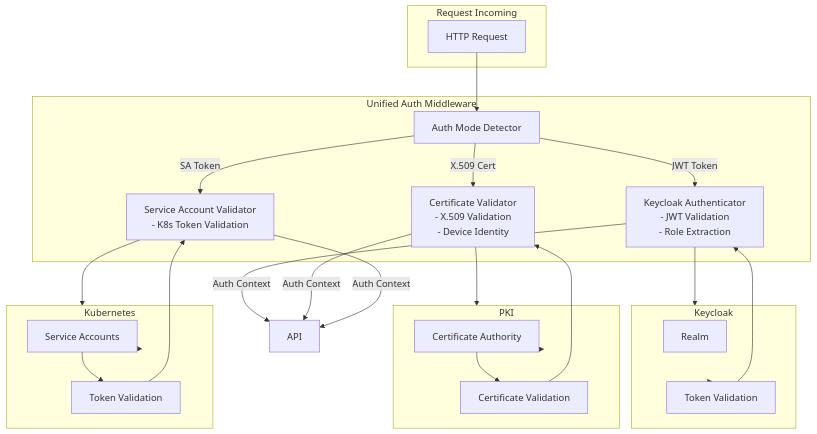
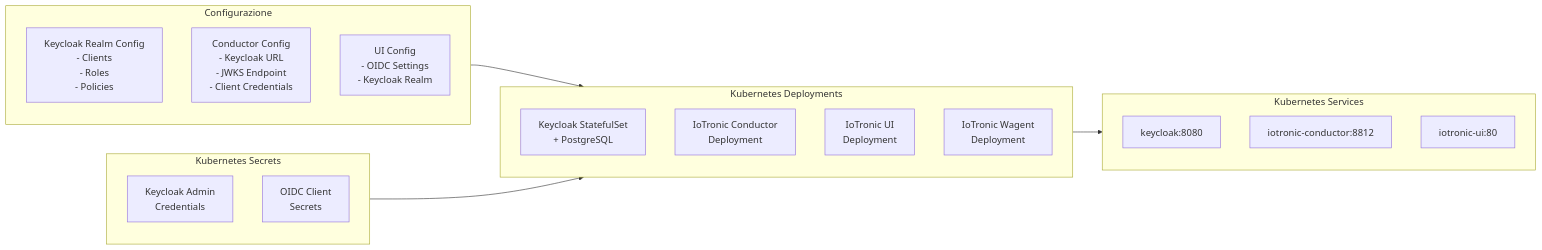
One commit to lucadagati/DS_projects_25 changed the third of 3 diagrams in progetto2_retrospect_keycloak_it.md. Above: the diagram before and after it, drawn with Mermaid. The commit also changed other lines of this file and 1 other file, not shown here.

````diff
--- a/progetto2_retrospect_keycloak_it.md
+++ b/progetto2_retrospect_keycloak_it.md
@@ -337,51 +184,30 @@
 ```mermaid
-graph TB
-    subgraph Request["Request Incoming"]
-        HTTP["HTTP Request"]
+graph LR
+    subgraph Config["Configurazione"]
+        KeycloakConfig["Keycloak Realm Config<br/>- Clients<br/>- Roles<br/>- Policies"]
+        ConductorConfig["Conductor Config<br/>- Keycloak URL<br/>- JWKS Endpoint<br/>- Client Credentials"]
+        UIConfig["UI Config<br/>- OIDC Settings<br/>- Keycloak Realm"]
     end
     
-    subgraph AuthMW["Unified Auth Middleware"]
-        Detector["Auth Mode Detector"]
-        KeycloakAuth["Keycloak Authenticator<br/>- JWT Validation<br/>- Role Extraction"]
-        CertAuth["Certificate Validator<br/>- X.509 Validation<br/>- Device Identity"]
-        SAAuth["Service Account Validator<br/>- K8s Token Validation"]
+    subgraph Deployments["Kubernetes Deployments"]
+        KeycloakDep["Keycloak StatefulSet<br/>+ PostgreSQL"]
+        ConductorDep["IoTronic Conductor<br/>Deployment"]
+        UIDep["IoTronic UI<br/>Deployment"]
+        WAgentDep["IoTronic Wagent<br/>Deployment"]
     end
     
-    subgraph Keycloak["Keycloak"]
-        Realm["Realm"]
-        Validation["Token Validation"]
+    subgraph Services["Kubernetes Services"]
+        KeycloakSvc["keycloak:8080"]
+        ConductorSvc["iotronic-conductor:8812"]
+        UISvc["iotronic-ui:80"]
     end
     
-    subgraph PKI["PKI"]
-        CA["Certificate Authority"]
-        CertVal["Certificate Validation"]
+    subgraph Secrets["Kubernetes Secrets"]
+        KeycloakSecret["Keycloak Admin<br/>Credentials"]
+        ClientSecret["OIDC Client<br/>Secrets"]
     end
     
-    subgraph K8s["Kubernetes"]
-        SA["Service Accounts"]
-        TokenVal["Token Validation"]
-    end
-    
-    HTTP --> Detector
-    Detector -->|JWT Token| KeycloakAuth
-    Detector -->|X.509 Cert| CertAuth
-    Detector -->|SA Token| SAAuth
-    
-    KeycloakAuth --> Keycloak
-    Keycloak --> Validation
-    Validation --> KeycloakAuth
-    
-    CertAuth --> PKI
-    PKI --> CA
-    CA --> CertVal
-    CertVal --> CertAuth
-    
-    SAAuth --> K8s
-    K8s --> SA
-    SA --> TokenVal
-    TokenVal --> SAAuth
-    
-    KeycloakAuth -->|Auth Context| API
-    CertAuth -->|Auth Context| API
-    SAAuth -->|Auth Context| API
+    Config --> Deployments
+    Secrets --> Deployments
+    Deployments --> Services
 ```
````
